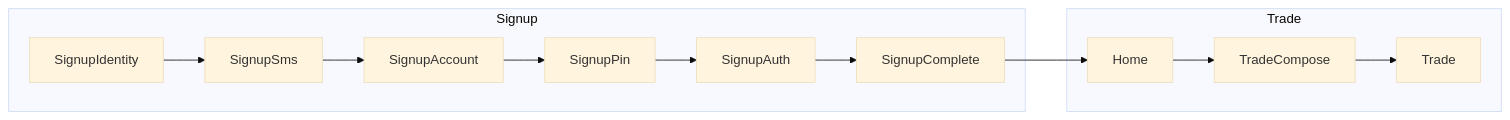
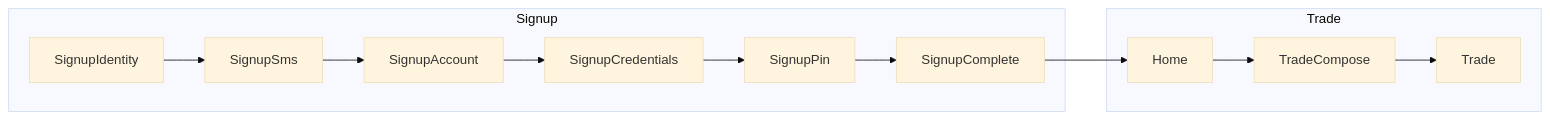
Before and after one commit to mslee98/seed-nt: the first of 2 diagrams in docs/stackflow/README.md, drawn with Mermaid (base theme). The commit also changed other lines of this file and 27 other files, not shown here.

First line of the commit message:
refactor(auth): SignupCredentials 체인과 인증 가드 로그인 유도

````diff
--- a/docs/stackflow/README.md
+++ b/docs/stackflow/README.md
@@ -12,19 +12,19 @@
 ```mermaid
 flowchart LR
   subgraph signup [Signup]
     Identity[SignupIdentity]
     Sms[SignupSms]
     Account[SignupAccount]
+    Credentials[SignupCredentials]
     Pin[SignupPin]
-    Auth[SignupAuth]
     Complete[SignupComplete]
-    Identity --> Sms --> Account --> Pin --> Auth --> Complete
+    Identity --> Sms --> Account --> Credentials --> Pin --> Complete
   end
   subgraph tradeFlow [Trade]
     Home[Home]
     Compose[TradeCompose]
     Trade[Trade]
     Home --> Compose --> Trade
   end
   Complete --> Home
 ```
````
